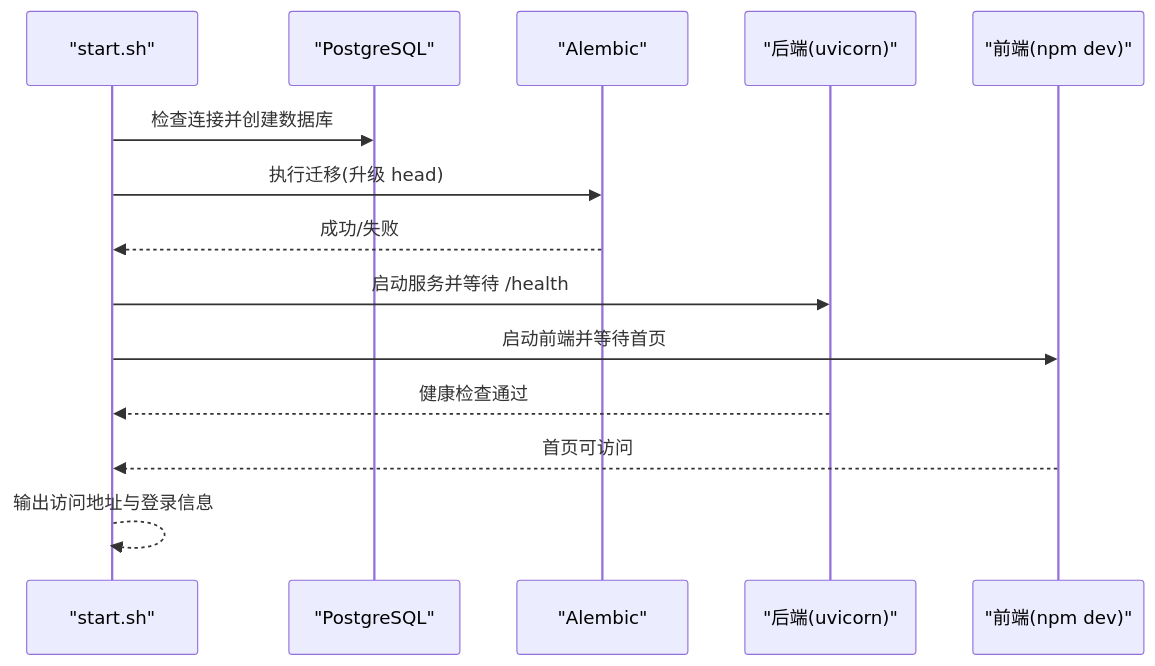
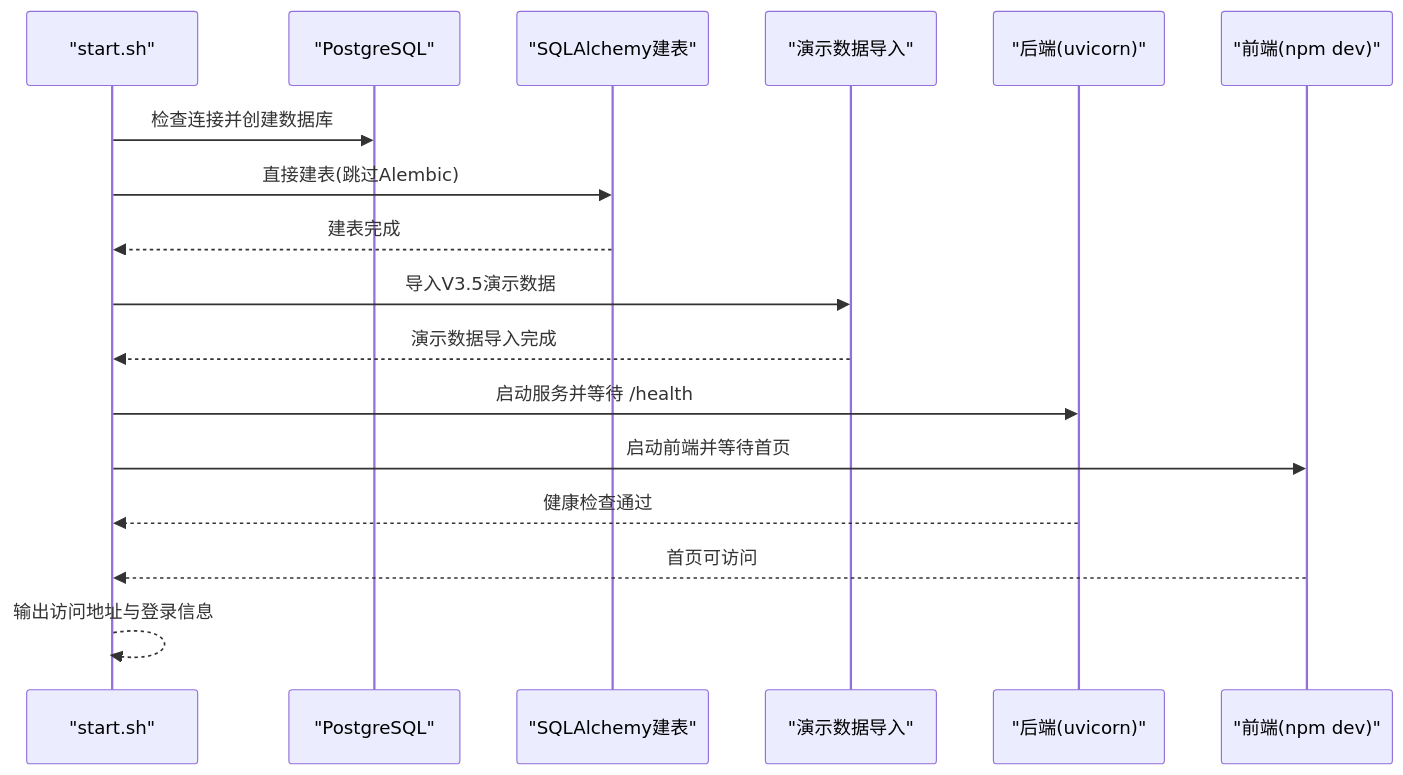
The fifth of 5 diagrams in .qoder/repowiki/zh/content/部署运维/部署运维.md (Miyuan2018/ruicheng-edu-system), drawn with Mermaid before and after one commit. The commit also changed other lines of this file and 4 other files, not shown here.

````diff
--- a/.qoder/repowiki/zh/content/部署运维/部署运维.md
+++ b/.qoder/repowiki/zh/content/部署运维/部署运维.md
@@ -222,16 +226,19 @@
 ```mermaid
 sequenceDiagram
 participant S as "start.sh"
 participant PSQL as "PostgreSQL"
-participant A as "Alembic"
+participant SQL as "SQLAlchemy建表"
+participant DEMO as "演示数据导入"
 participant B as "后端(uvicorn)"
 participant F as "前端(npm dev)"
 S->>PSQL : 检查连接并创建数据库
-S->>A : 执行迁移(升级 head)
-A-->>S : 成功/失败
+S->>SQL : 直接建表(跳过Alembic)
+SQL-->>S : 建表完成
+S->>DEMO : 导入V3.5演示数据
+DEMO-->>S : 演示数据导入完成
 S->>B : 启动服务并等待 /health
 S->>F : 启动前端并等待首页
 B-->>S : 健康检查通过
 F-->>S : 首页可访问
 S-->>S : 输出访问地址与登录信息
 ```
````
